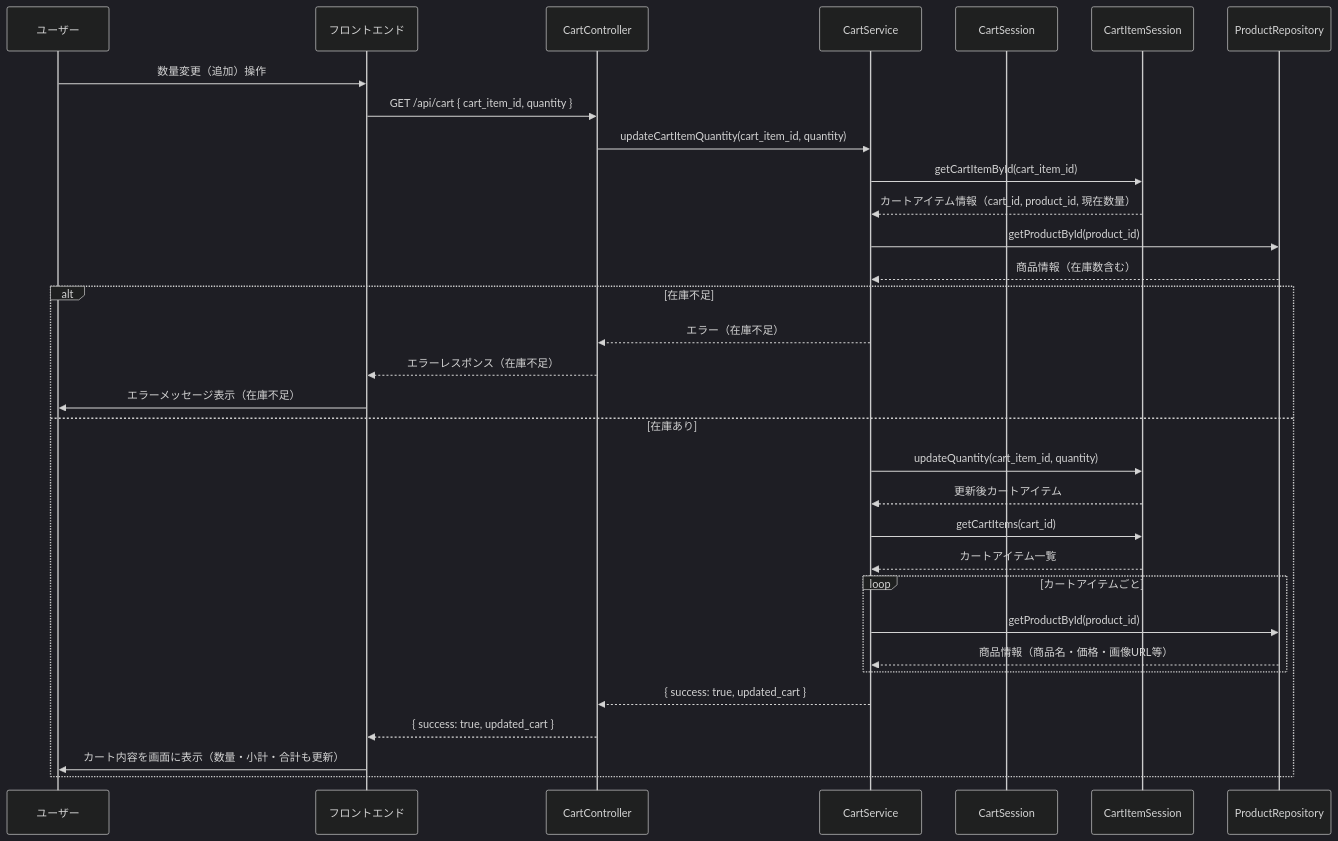
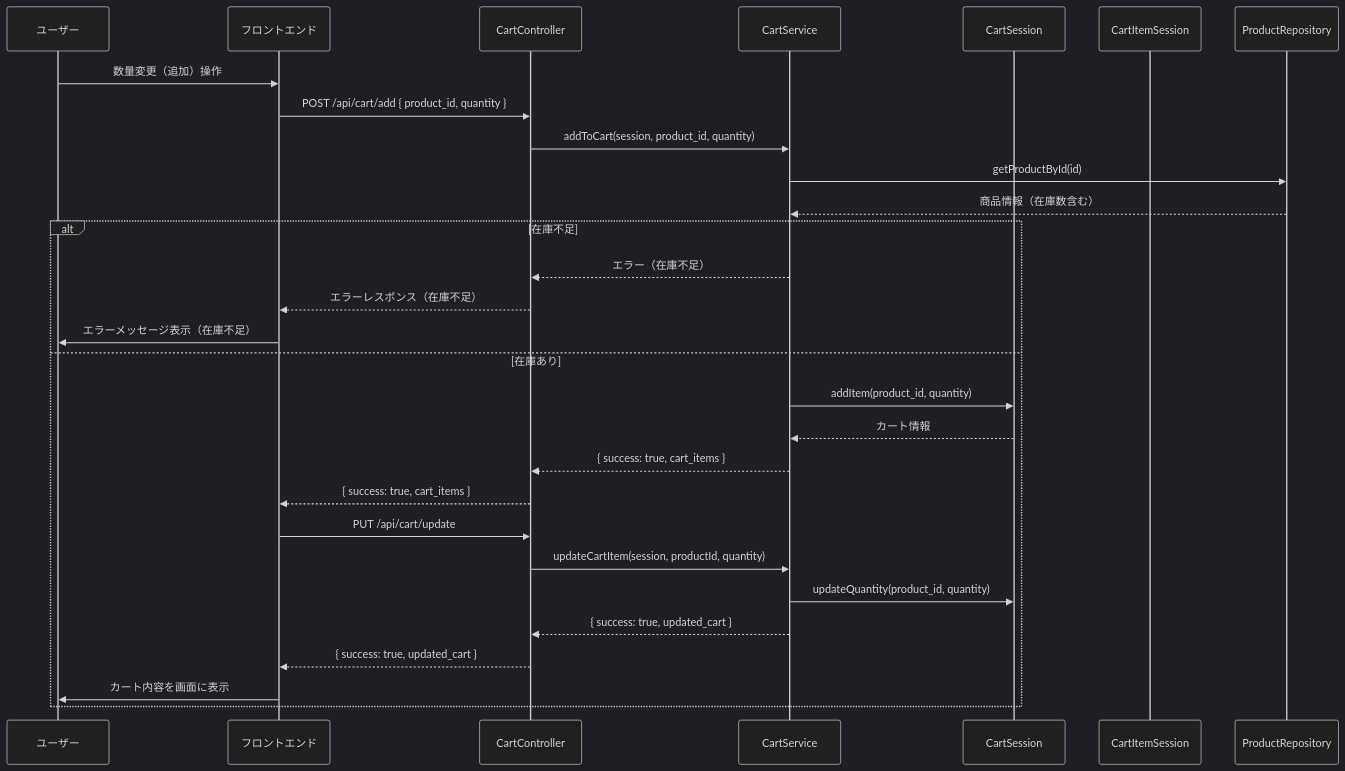
One commit to Aoi-Yaegashi/teamF changed the fifth of 36 diagrams in 詳細設計/担当B_村田/3.2 機能詳細.md. Above: the diagram before and after it, drawn with Mermaid (dark theme). The commit also changed other lines of this file and 2 other files, not shown here.

```diff
--- a/詳細設計/担当B_村田/3.2 機能詳細.md
+++ b/詳細設計/担当B_村田/3.2 機能詳細.md
@@ -184,57 +172,57 @@
 <div class="mermaid">
 sequenceDiagram
     participant User as ユーザー
     participant FE as フロントエンド
     participant CartC as CartController
     participant CartS as CartService
     participant CartRepo as CartSession
     participant CartItemRepo as CartItemSession
     participant ProdRepo as ProductRepository
-
     %% 1. ユーザーがカート画面で数量入力欄を編集し「更新」ボタンを押す
     User->>FE: 数量変更（追加）操作
-
     %% 2. フロントエンドがAPI呼び出し
-    FE->>CartC: GET /api/cart { cart_item_id, quantity }
+    FE->>CartC: POST /api/cart/add { product_id, quantity }
 
     %% 3. コントローラがサービスに処理を依頼
-    CartC->>CartS: updateCartItemQuantity(cart_item_id, quantity)
+    CartC->>CartS: addToCart(session, product_id, quantity)
 
-    %% 4. サービスがカートアイテムを取得
-    CartS->>CartItemRepo: getCartItemById(cart_item_id)
-    CartItemRepo-->>CartS: カートアイテム情報（cart_id, product_id, 現在数量）
-
-    %% 5. サービスが商品情報を取得（在庫チェックのため）
-    CartS->>ProdRepo: getProductById(product_id)
+    %% 4. サービスが商品情報を取得（在庫チェックのため）
+    CartS->>ProdRepo: getProductById(id)
     ProdRepo-->>CartS: 商品情報（在庫数含む）
 
-    %% 6. サービスが在庫チェック
+    %% 5. サービスが在庫チェック
     alt 在庫不足
         CartS-->>CartC: エラー（在庫不足）
         CartC-->>FE: エラーレスポンス（在庫不足）
         FE->>User: エラーメッセージ表示（在庫不足）
     else 在庫あり
-        %% 7. サービスがカートアイテムの数量を更新
-        CartS->>CartItemRepo: updateQuantity(cart_item_id, quantity)
-        CartItemRepo-->>CartS: 更新後カートアイテム
+        %% 6. サービスがCartセッションで既存カートの有無を確認
+        CartS->>CartRepo: addItem(product_id, quantity)
+        
+            CartRepo-->>CartS: カート情報
 
-        %% 8. サービスが最新カート内容を取得
-        CartS->>CartItemRepo: getCartItems(cart_id)
-        CartItemRepo-->>CartS: カートアイテム一覧
+        %% 7. サービスがコントローラに返却
+        CartS-->>CartC: { success: true, cart_items }
 
-        %% 9. サービスが各カートアイテムの商品情報を取得し小計・合計を計算
-        loop カートアイテムごと
-            CartS->>ProdRepo: getProductById(product_id)
-            ProdRepo-->>CartS: 商品情報（商品名・価格・画像URL等）
-        end
+        %% 8. コントローラがフロントエンドにレスポンス
+        CartC-->>FE: { success: true, cart_items }
 
-        %% 10. サービスがコントローラに返却
+        %% 9. フロントエンドがAPI呼び出し
+        FE->>CartC: PUT /api/cart/update
+
+        %% 10. コントローラがサービスに処理を依頼
+        CartC->>CartS: updateCartItem(session, productId, quantity)
+
+        %% 11. 商品の数量を更新
+        CartS->>CartRepo: updateQuantity(product_id, quantity)
+
+        %% 12. サービスがコントローラに返却
         CartS-->>CartC: { success: true, updated_cart }
 
-        %% 11. コントローラがフロントエンドにレスポンス
+        %% 13. コントローラがフロントエンドにレスポンス
         CartC-->>FE: { success: true, updated_cart }
 
-        %% 12. フロントエンドが画面に反映
-        FE->>User: カート内容を画面に表示（数量・小計・合計も更新）
+        %% 14. フロントエンドが画面に反映
+        FE->>User: カート内容を画面に表示
     end
 </div>
```
